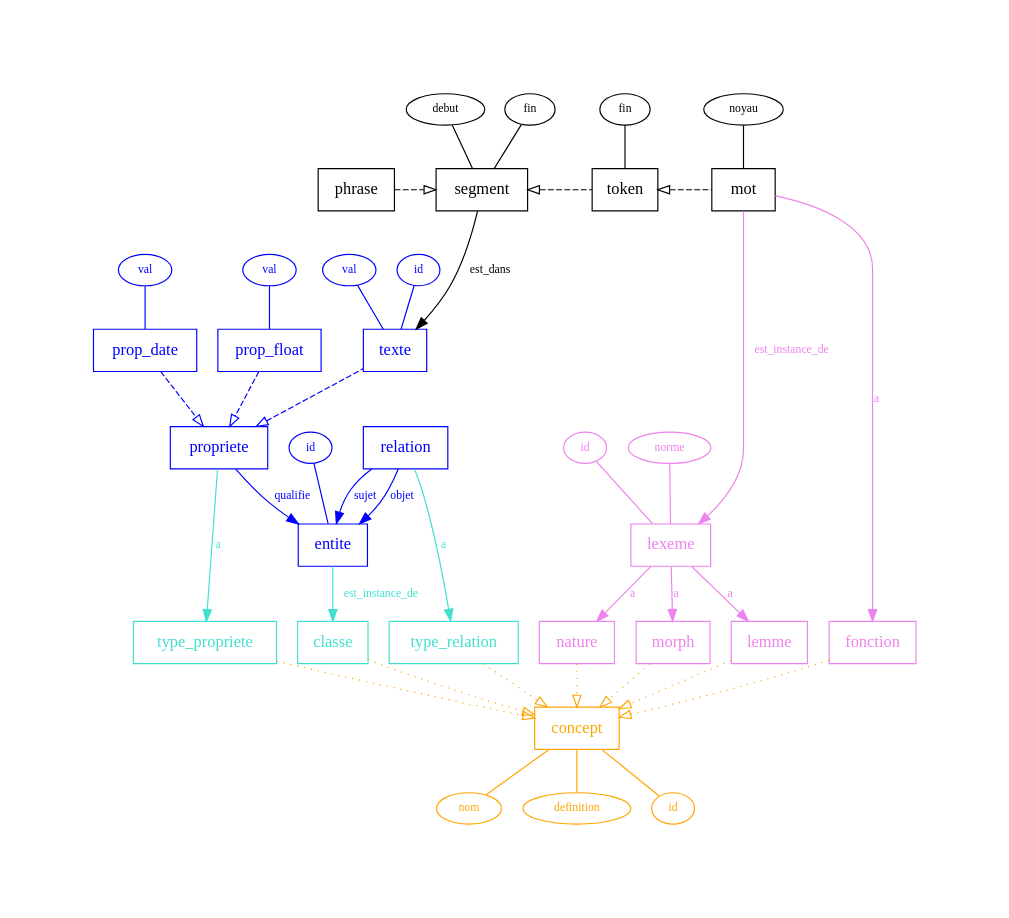
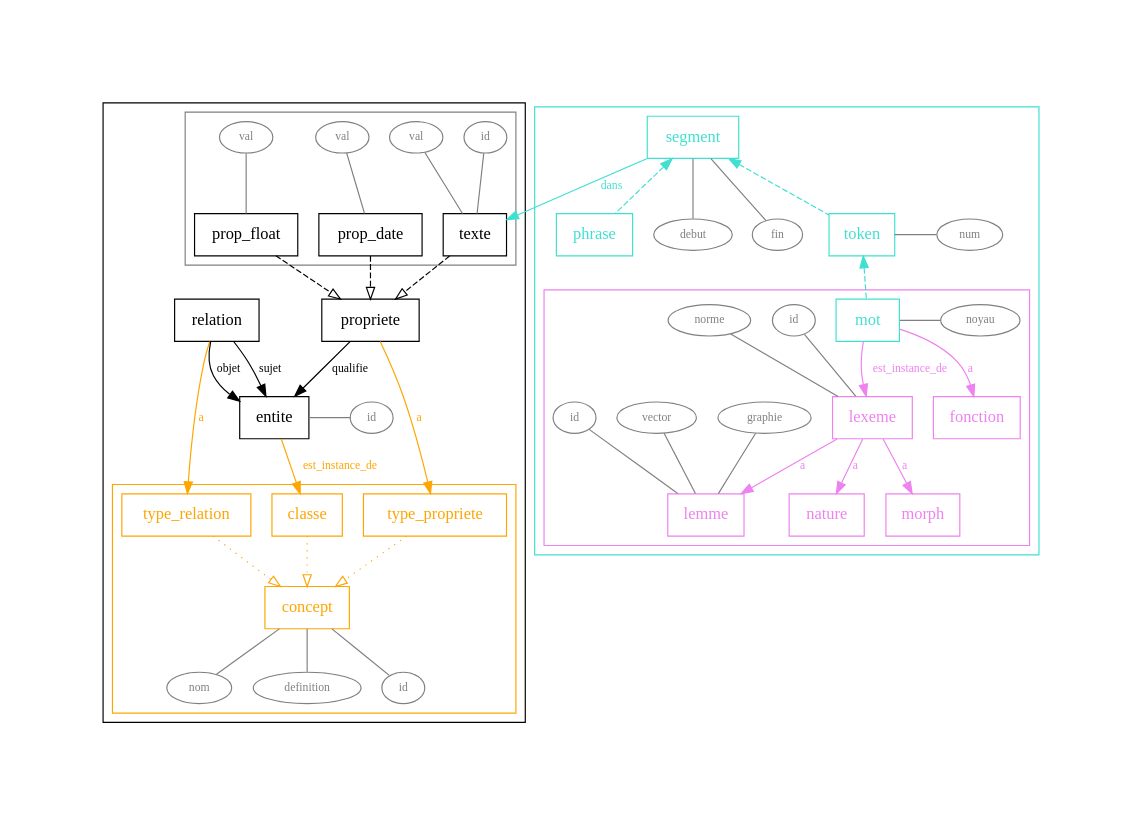
The diagram in diagram/diagram.dot (thjbdvlt/litteralement), drawn with Graphviz before and after one commit. The commit also changed 3 other files, not shown here.

Commit message:
diagram avec clusters

```diff
--- a/diagram/diagram.dot
+++ b/diagram/diagram.dot
@@ -1,108 +1,128 @@
 digraph {
     pad=1
-    {rank=same; classe; type_relation; type_propriete; nature; fonction; morph}
-    {rank=same; segment;token; phrase; mot}
-    {rank=same; texte; prop_date; prop_float}
-    {rank=same; texte_val; prop_date_val; prop_float_val}
 
-    concept [color=orange fontcolor=orange shape=box]
-    type_propriete [shape=box color=turquoise fontcolor=turquoise]
-    type_relation [shape=box color=turquoise fontcolor=turquoise]
-    classe [shape=box color=turquoise fontcolor=turquoise]
+    subgraph cluster_eav {
+        color=black
 
-    fonction [shape=box color=violet fontcolor=violet]
-    nature [shape=box color=violet fontcolor=violet]
-    morph [shape=box color=violet fontcolor=violet]
-    lemme [shape=box color=violet fontcolor=violet]
+        subgraph cluster_onto {
+            color=orange
 
-    entite [shape=box color=blue fontcolor=blue]
-    propriete [shape=box color=blue fontcolor=blue]
-    relation [shape=box color=blue fontcolor=blue]
+            concept [color=orange fontcolor=orange shape=box]
+            type_propriete [shape=box color=orange fontcolor=orange]
+            type_relation [shape=box color=orange fontcolor=orange]
+            classe [shape=box color=orange fontcolor=orange]
 
-    token [shape=box color=black fontcolor=black]
-    mot [shape=box color=black fontcolor=black]
-    segment [shape=box color=black fontcolor=black]
-    phrase [shape=box color=black fontcolor=black]
+            concept_nom [label=nom fontsize=10 width=0.2 height=0.2 color=grey fontcolor=grey]
+            concept_definition [label=definition fontsize=10 width=0.2 height=0.2 color=grey fontcolor=grey]
+            concept_id [label=id fontsize=10 width=0.2 height=0.2 color=grey fontcolor=grey]
 
-    texte [shape=box color=blue fontcolor=blue]
-    prop_float [shape=box color=blue fontcolor=blue]
-    prop_date [shape=box color=blue fontcolor=blue]
+            type_relation -> concept [style=dotted arrowhead=empty color=orange]
+            type_propriete -> concept [style=dotted arrowhead=empty color=orange]
+            classe -> concept [style=dotted arrowhead=empty color=orange]
 
-    lexeme [shape=box color=violet fontcolor=violet]
+            concept -> concept_nom [dir=none color=grey]
+            concept -> concept_definition [dir=none color=grey]
+            concept -> concept_id [dir=none color=grey]
+        }
 
-    type_relation -> concept [style=dotted arrowhead=empty color=orange]
-    type_propriete -> concept [style=dotted arrowhead=empty color=orange]
-    classe -> concept [style=dotted arrowhead=empty color=orange]
 
-    nature -> concept [style=dotted arrowhead=empty color=orange]
-    fonction -> concept [style=dotted arrowhead=empty color=orange]
-    morph -> concept [style=dotted arrowhead=empty color=orange]
-    lemme -> concept [style=dotted arrowhead=empty color=orange]
+        entite [shape=box color=black fontcolor=black]
+        propriete [shape=box color=black fontcolor=black]
+        relation [shape=box color=black fontcolor=black]
 
-    relation -> entite [label=sujet color=blue fontcolor=blue fontsize=10]
-    relation -> entite [label=objet color=blue fontcolor=blue fontsize=10]
-    propriete -> entite [label=qualifie color=blue fontcolor=blue fontsize=10]
-    propriete -> texte [style=dashed dir=back arrowtail=empty color=blue]
+        texte [shape=box color=black fontcolor=black]
+        prop_float [shape=box color=black fontcolor=black]
+        prop_date [shape=box color=black fontcolor=black]
+        entite_id [label=id fontsize=10 width=0.2 height=0.2 color=grey fontcolor=grey]
+        prop_float_val [label=val width=0.2 height=0.2 fontsize=10 color=grey fontcolor=grey]
+        prop_date_val [label=val width=0.2 height=0.2 fontsize=10 color=grey fontcolor=grey]
+        texte_val [label=val width=0.2 height=0.2 fontsize=10 color=grey fontcolor=grey]
+        texte_id [label=id width=0.2 height=0.2 fontsize=10 color=grey fontcolor=grey]
 
-    entite -> classe [label=est_instance_de color=turquoise fontcolor=turquoise fontsize=10]
-    relation -> type_relation [label=a color=turquoise fontcolor=turquoise fontsize=10]
-    propriete -> type_propriete [label=a color=turquoise fontcolor=turquoise fontsize=10]
-    
-    segment -> texte [label=est_dans color=black fontcolor=black fontsize=10]
+        entite -> classe [label=est_instance_de color=orange fontcolor=orange fontsize=10]
+        relation -> type_relation [label=a color=orange fontcolor=orange fontsize=10]
+        propriete -> type_propriete [label=a color=orange fontcolor=orange fontsize=10]
+        relation -> entite [label=sujet color=black fontcolor=black fontsize=10]
+        relation -> entite [label=objet color=black fontcolor=black fontsize=10]
+        propriete -> entite [label=qualifie color=black fontcolor=black fontsize=10]
+        texte -> propriete [style=dashed arrowhead=empty color=black]
+        prop_float -> propriete [style=dashed arrowhead=empty color=black]
+        prop_date -> propriete [style=dashed arrowhead=empty color=black]
 
-    phrase -> segment [style=dashed arrowhead=empty color=black]
-    segment -> token [style=dashed dir=back arrowtail=empty color=black]
-    token -> mot [style=dashed dir=back arrowtail=empty color=black]
 
-    mot -> fonction [label=a color=violet fontcolor=violet fontsize=10]
-    lexeme -> nature [label=a color=violet fontcolor=violet fontsize=10]
-    lexeme -> morph [label=a color=violet fontcolor=violet fontsize=10]
-    lexeme -> lemme [label=a color=violet fontcolor=violet fontsize=10]
-    mot -> lexeme [label=est_instance_de color=violet fontcolor=violet fontsize=10]
+        {rank=same; entite; entite_id}
+        entite -> entite_id [dir=none color=grey]
 
-    prop_float -> propriete [style=dashed arrowhead=empty color=blue]
-    prop_date -> propriete [style=dashed arrowhead=empty color=blue]
+        subgraph cluster_prop {
+            color=grey
 
-    // colonnes littérales
-    concept_nom [label=nom fontsize=10 width=0.2 height=0.2 color=orange fontcolor=orange]
-    concept_definition [label=definition fontsize=10 width=0.2 height=0.2 color=orange fontcolor=orange]
-    concept_id [label=id fontsize=10 width=0.2 height=0.2 color=orange fontcolor=orange]
-
-    entite_id [label=id fontsize=10 width=0.2 height=0.2 color=blue fontcolor=blue]
-
-    segment_debut [label=debut fontsize=10 width=0.2 height=0.2 color=black fontcolor=black]
-    segment_fin [label=fin fontsize=10 width=0.2 height=0.2 color=black fontcolor=black]
-    token_num [label=fin fontsize=10 width=0.2 height=0.2 color=black fontcolor=black]
-    mot_noyau [label=noyau fontsize=10 width=0.2 height=0.2 color=black fontcolor=black]
-
-    lexeme_id [label=id fontsize=10 width=0.2 height=0.2 color=violet fontcolor=violet]
-    lexeme_norme [label=norme fontsize=10 width=0.2 height=0.2 color=violet fontcolor=violet]
-
-    concept -> concept_nom [dir=none color=orange]
-    concept -> concept_definition [dir=none color=orange]
-    concept -> concept_id [dir=none color=orange]
-
-    entite_id -> entite [dir=none color=blue]
-
-    segment_fin -> segment [dir=none color=black]
-    segment_debut -> segment [dir=none color=black]
-    token_num -> token [dir=none color=black]
-    mot_noyau -> mot [dir=none color=black]
-
-    lexeme_id -> lexeme [dir=none color=violet]
-    lexeme_norme -> lexeme [dir=none color=violet]
-
-    prop_float_val [label=val width=0.2 height=0.2 fontsize=10 color=blue fontcolor=blue]
-    prop_date_val [label=val width=0.2 height=0.2 fontsize=10 color=blue fontcolor=blue]
-    texte_val [label=val width=0.2 height=0.2 fontsize=10 color=blue fontcolor=blue]
-    texte_id [label=id width=0.2 height=0.2 fontsize=10 color=blue fontcolor=blue]
-
-    prop_float_val -> prop_float [color=blue dir=none]
-    prop_date_val -> prop_date [color=blue dir=none]
-    texte_val -> texte [color=blue dir=none]
-    texte_id -> texte [color=blue dir=none]
-
-    segment -> texte_val [color=none]
-    prop_float -> texte [color=none]
+            {rank=same; prop_date; prop_float; texte}
+            prop_float_val -> prop_float [color=grey dir=none]
+            prop_date_val -> prop_date [color=grey dir=none]
+            texte_val -> texte [color=grey dir=none]
+            texte_id -> texte [color=grey dir=none]
+        }
 
 }
+
+
+    subgraph cluster_nlp {
+        color=turquoise
+
+        token [shape=box color=turquoise fontcolor=turquoise]
+        segment [shape=box color=turquoise fontcolor=turquoise]
+        phrase [shape=box color=turquoise fontcolor=turquoise]
+
+        segment_debut [label=debut fontsize=10 width=0.2 height=0.2 color=grey fontcolor=grey]
+        segment_fin [label=fin fontsize=10 width=0.2 height=0.2 color=grey fontcolor=grey]
+        token_num [label=num fontsize=10 width=0.2 height=0.2 color=grey fontcolor=grey]
+
+        segment -> texte [label=dans color=turquoise fontcolor=turquoise fontsize=10]
+
+        segment -> segment_fin [dir=none color=grey]
+        segment -> segment_debut [dir=none color=grey]
+        {rank=same; token_num; token}
+        token -> token_num [dir=none color=grey]
+
+        segment -> phrase [style=dashed dir=back color=turquoise]
+        segment -> token [style=dashed dir=back color=turquoise]
+
+        token -> mot [style=dashed dir=back color=turquoise]
+
+        subgraph cluster_mot {
+            color=violet
+
+            {rank=same; mot; mot_noyau}
+            mot_noyau [label=noyau fontsize=10 width=0.2 height=0.2 color=grey fontcolor=grey]
+            mot -> mot_noyau [dir=none color=grey]
+
+            mot [shape=box color=turquoise fontcolor=turquoise]
+
+            mot -> lexeme [label=est_instance_de color=violet fontcolor=violet fontsize=10]
+            mot -> fonction [label=a color=violet fontcolor=violet fontsize=10]
+
+            lexeme [shape=box color=violet fontcolor=violet]
+            lemme [shape=box color=violet fontcolor=violet]
+            fonction [shape=box color=violet fontcolor=violet]
+            nature [shape=box color=violet fontcolor=violet]
+            morph [shape=box color=violet fontcolor=violet]
+
+            lexeme_id [label=id fontsize=10 width=0.2 height=0.2 color=grey fontcolor=grey]
+            lexeme_norme [label=norme fontsize=10 width=0.2 height=0.2 color=grey fontcolor=grey]
+            lemme_id [label=id fontsize=10 width=0.2 height=0.2 color=grey fontcolor=grey]
+            lemme_graphie [label=graphie fontsize=10 width=0.2 height=0.2 color=grey fontcolor=grey]
+            lemme_vec [label=vector fontsize=10 width=0.2 height=0.2 color=grey fontcolor=grey]
+
+            lexeme_id -> lexeme [dir=none color=grey]
+            lexeme_norme -> lexeme [dir=none color=grey]
+            lemme_id -> lemme [dir=none color=grey]
+            lemme_graphie -> lemme [dir=none color=grey]
+            lemme_vec -> lemme [dir=none color=grey]
+            lexeme -> nature [label=a color=violet fontcolor=violet fontsize=10]
+            lexeme -> morph [label=a color=violet fontcolor=violet fontsize=10]
+            lexeme -> lemme [label=a color=violet fontcolor=violet fontsize=10]
+        }
+
+    }
+
+}
```
